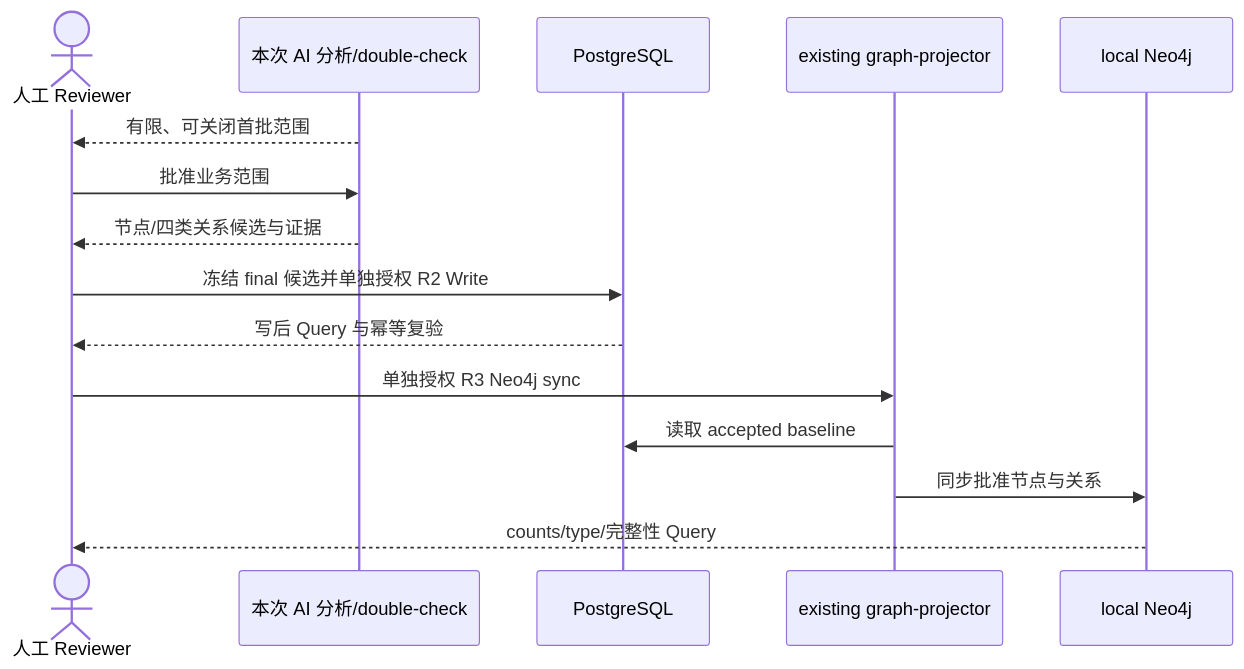
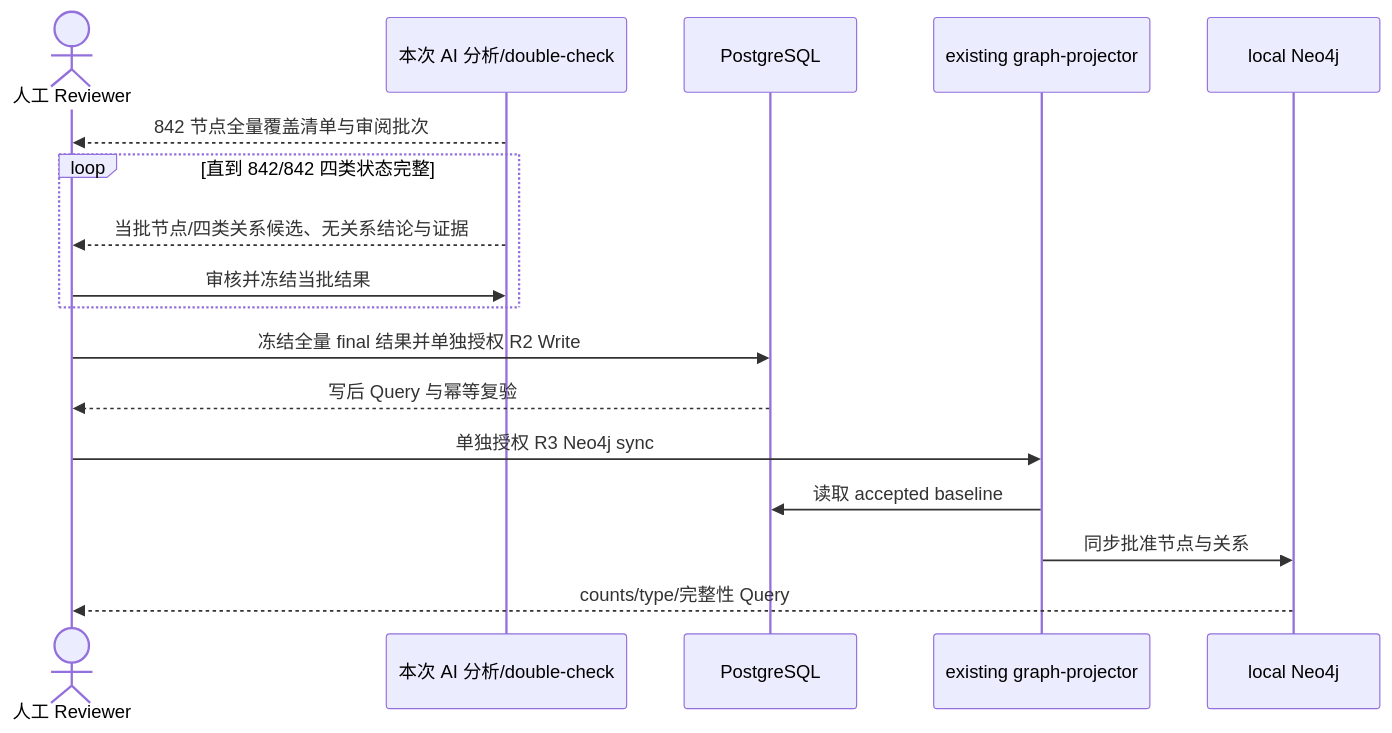
The second of 2 diagrams in openspec/changes/rebuild-foundation-graph-and-enrich-chain-data/design.md (meierlink88/tidewise-ai), drawn with Mermaid before and after one commit. The commit also changed other lines of this file and 4 other files, not shown here.

````diff
--- a/openspec/changes/rebuild-foundation-graph-and-enrich-chain-data/design.md
+++ b/openspec/changes/rebuild-foundation-graph-and-enrich-chain-data/design.md
@@ -72,18 +74,20 @@
 ```mermaid
 sequenceDiagram
     actor Reviewer as 人工 Reviewer
     participant Analysis as 本次 AI 分析/double-check
     participant PG as PostgreSQL
     participant Projector as existing graph-projector
     participant Neo4j as local Neo4j
 
-    Analysis-->>Reviewer: 有限、可关闭首批范围
-    Reviewer->>Analysis: 批准业务范围
-    Analysis-->>Reviewer: 节点/四类关系候选与证据
-    Reviewer->>PG: 冻结 final 候选并单独授权 R2 Write
+    Analysis-->>Reviewer: 842 节点全量覆盖清单与审阅批次
+    loop 直到 842/842 四类状态完整
+        Analysis-->>Reviewer: 当批节点/四类关系候选、无关系结论与证据
+        Reviewer->>Analysis: 审核并冻结当批结果
+    end
+    Reviewer->>PG: 冻结全量 final 结果并单独授权 R2 Write
     PG-->>Reviewer: 写后 Query 与幂等复验
     Reviewer->>Projector: 单独授权 R3 Neo4j sync
     Projector->>PG: 读取 accepted baseline
     Projector->>Neo4j: 同步批准节点与关系
     Neo4j-->>Reviewer: counts/type/完整性 Query
 ```
````
